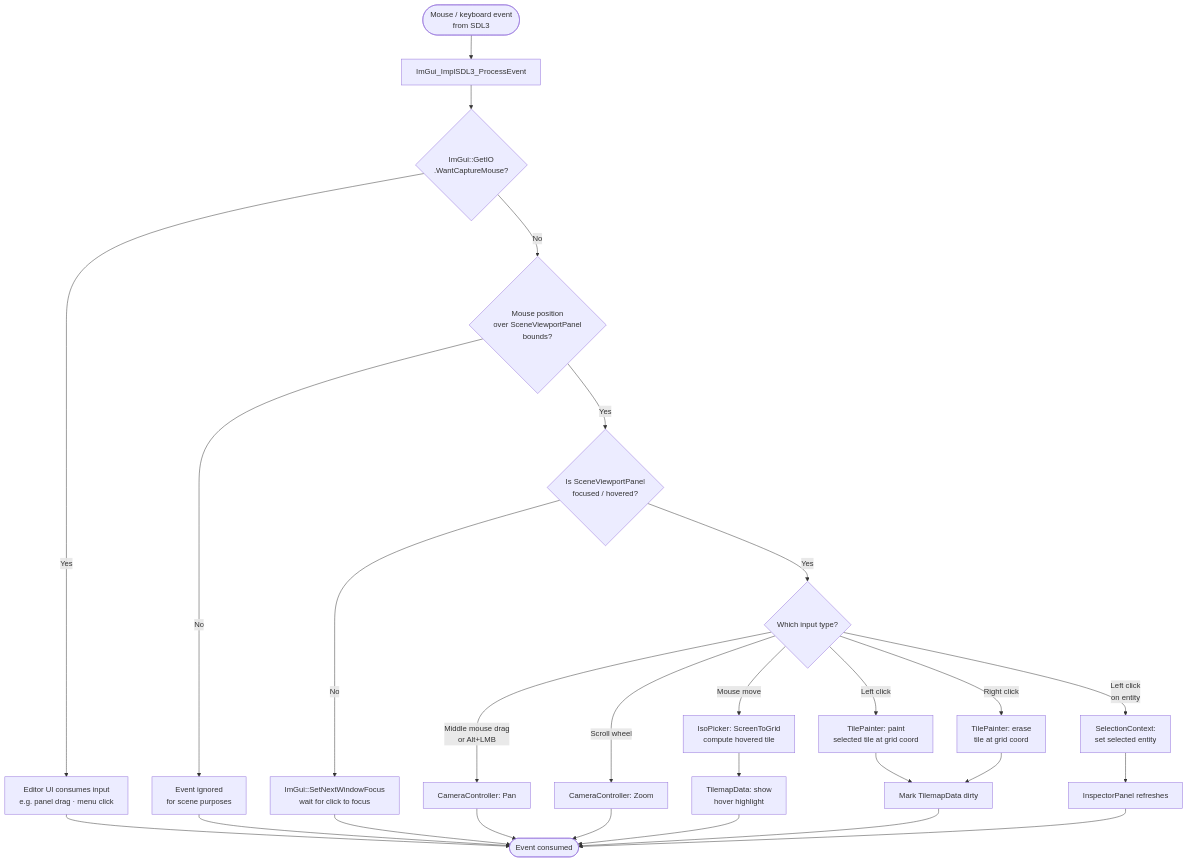
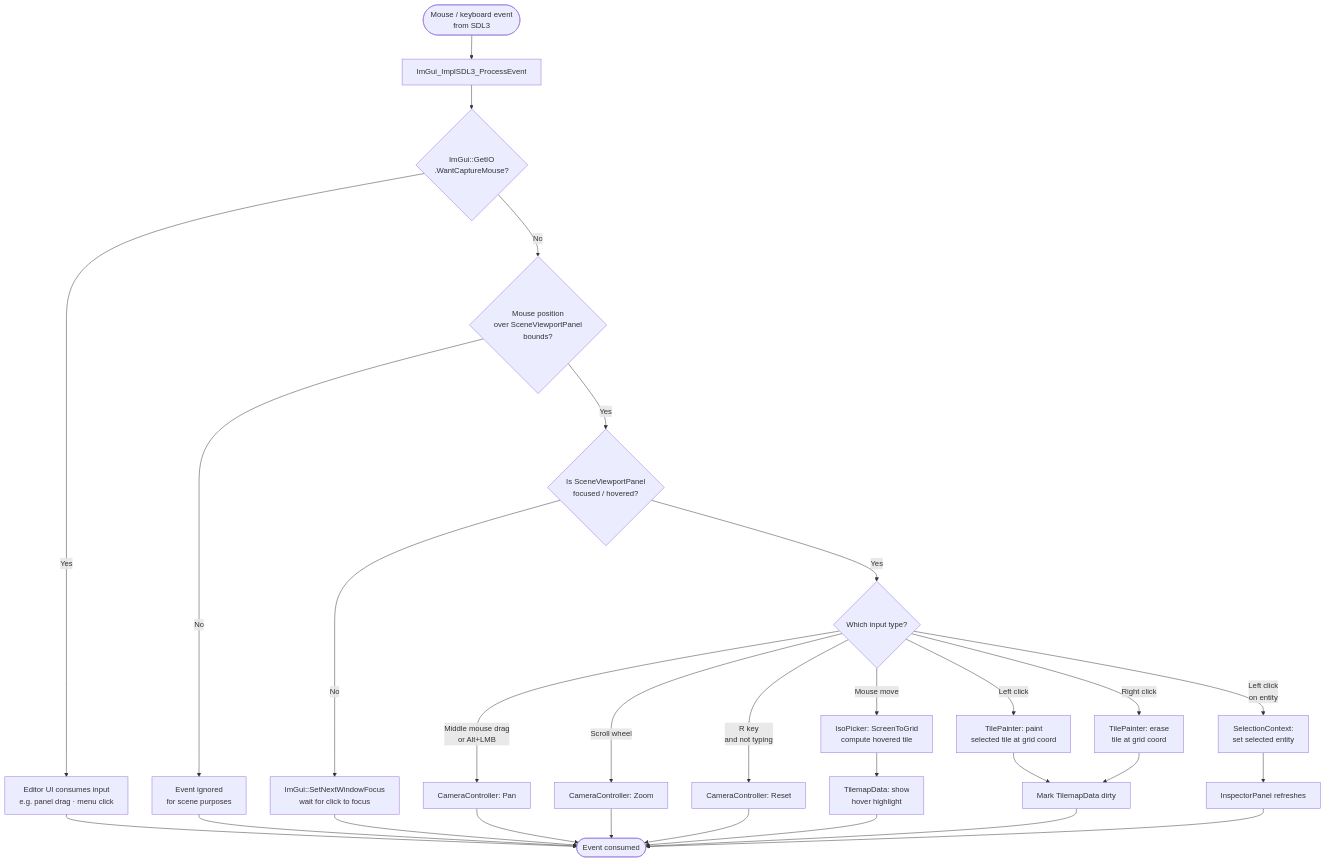
One commit to mboracingoz/IsoEngine changed the third of 13 diagrams in IsoForge/docs/18_WORKFLOW_DIAGRAMS.md. Above: the diagram before and after it, drawn with Mermaid. The commit also changed other lines of this file and 7 other files, not shown here.

Commit message:
Add editor camera pan zoom and reset shortcut

````diff
--- a/IsoForge/docs/18_WORKFLOW_DIAGRAMS.md
+++ b/IsoForge/docs/18_WORKFLOW_DIAGRAMS.md
@@ -99,25 +99,26 @@
 ```mermaid
 flowchart TD
     A([Mouse / keyboard event\nfrom SDL3]) --> B[ImGui_ImplSDL3_ProcessEvent]
     B --> C{ImGui::GetIO\n.WantCaptureMouse?}
     C -- Yes --> D[Editor UI consumes input\ne.g. panel drag · menu click]
     D --> Z([Event consumed])
     C -- No --> E{Mouse position\nover SceneViewportPanel\nbounds?}
     E -- No --> F[Event ignored\nfor scene purposes]
     F --> Z
     E -- Yes --> G{Is SceneViewportPanel\nfocused / hovered?}
     G -- No --> H[ImGui::SetNextWindowFocus\nwait for click to focus]
     H --> Z
     G -- Yes --> I{Which input type?}
     I -- Middle mouse drag\nor Alt+LMB --> J[CameraController: Pan]
     I -- Scroll wheel --> K[CameraController: Zoom]
+    I -- R key\nand not typing --> S[CameraController: Reset]
     I -- Mouse move --> L[IsoPicker: ScreenToGrid\ncompute hovered tile]
     L --> M[TilemapData: show\nhover highlight]
     I -- Left click --> N[TilePainter: paint\nselected tile at grid coord]
     N --> O[Mark TilemapData dirty]
     I -- Right click --> P[TilePainter: erase\ntile at grid coord]
     P --> O
     I -- Left click\non entity --> Q[SelectionContext:\nset selected entity]
     Q --> R[InspectorPanel refreshes]
-    J & K & M & O & R --> Z
+    J & K & S & M & O & R --> Z
 ```
````
